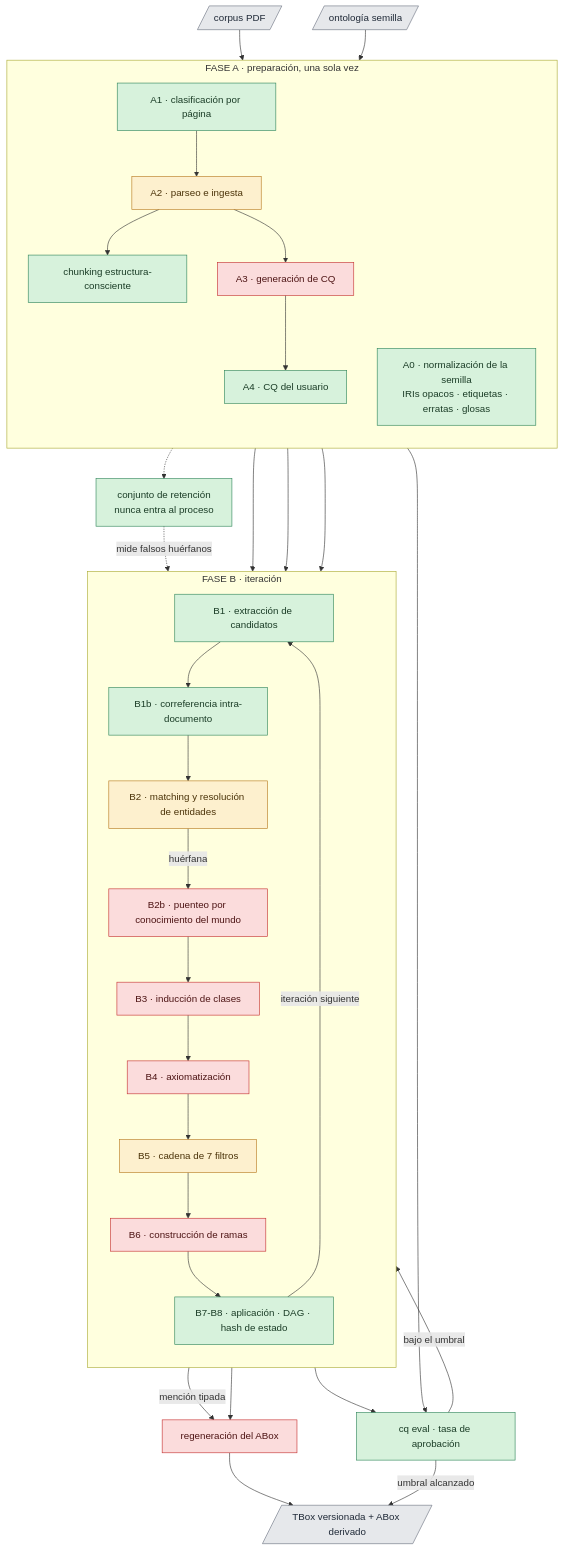
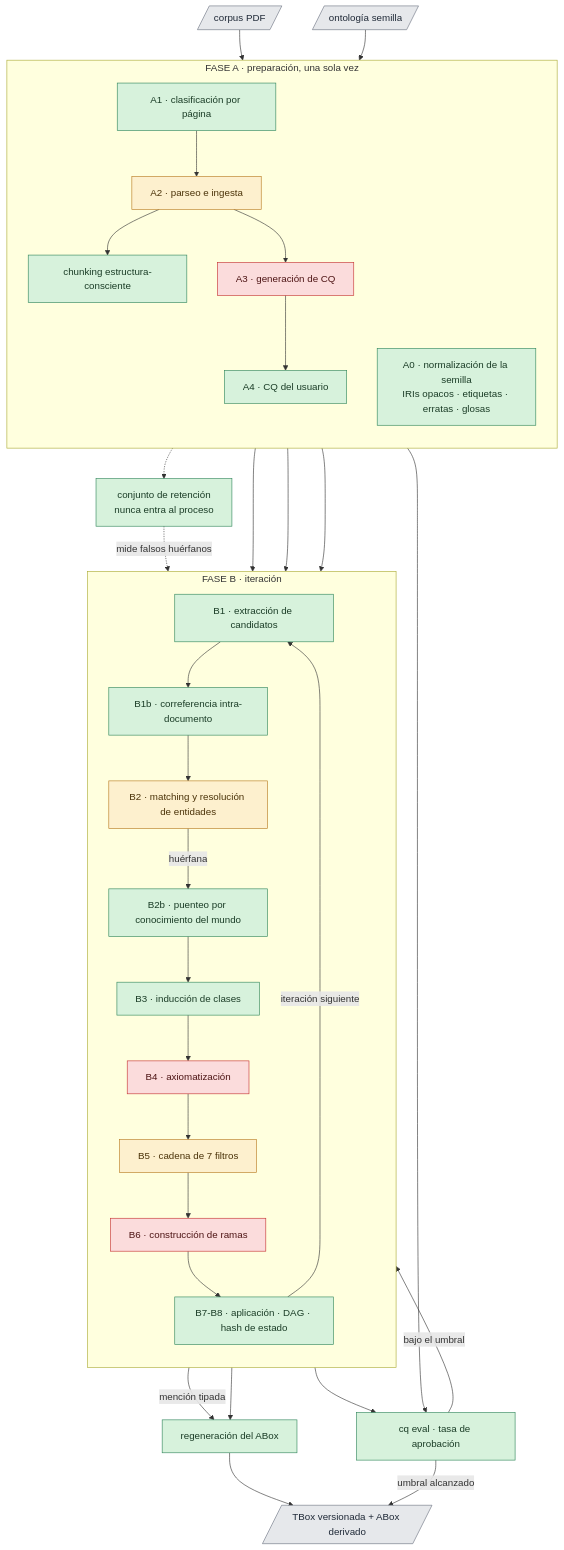
Before and after one commit to gonzatorte/ontology_and_llm_pipeline: the first of 3 diagrams in README.md, drawn with Mermaid. The commit also changed other lines of this file and 11 other files, not shown here.

````diff
--- a/README.md
+++ b/README.md
@@ -70,57 +70,57 @@
 ```mermaid
 flowchart TB
   corpus[/"corpus PDF"/]
   seed[/"ontología semilla"/]
 
   subgraph FA["FASE A · preparación, una sola vez"]
     direction TB
     A1["A1 · clasificación por página"]
     A2["A2 · parseo e ingesta"]
     CHK["chunking estructura-consciente"]
     A0["A0 · normalización de la semilla<br/>IRIs opacos · etiquetas · erratas · glosas"]
     A3["A3 · generación de CQ"]
     A4["A4 · CQ del usuario"]
   end
 
   subgraph FB["FASE B · iteración"]
     direction TB
     B1["B1 · extracción de candidatos"]
     B1b["B1b · correferencia intra-documento"]
     B2["B2 · matching y resolución de entidades"]
     B2b["B2b · puenteo por conocimiento del mundo"]
     B3["B3 · inducción de clases"]
     B4["B4 · axiomatización"]
     B5["B5 · cadena de 7 filtros"]
     B6["B6 · construcción de ramas"]
     B78["B7-B8 · aplicación · DAG · hash de estado"]
   end
 
   ABOX["regeneración del ABox"]
   CQE["cq eval · tasa de aprobación"]
   OUT[/"TBox versionada + ABox derivado"/]
   HOLD["conjunto de retención<br/>nunca entra al proceso"]
 
   corpus --> A1 --> A2 --> CHK --> B1 --> B1b --> B2
   A2 -.-> HOLD
   seed --> A0 --> B2
   A0 --> B5
   A2 --> A3 --> A4 --> CQE
   B2 -->|"mención tipada"| ABOX
   B2 -->|"huérfana"| B2b --> B3 --> B4 --> B5 --> B6 --> B78
   B78 --> ABOX --> OUT
   B78 -->|"iteración siguiente"| B1
   B78 --> CQE
   CQE -->|"bajo el umbral"| B1
   CQE -->|"umbral alcanzado"| OUT
   HOLD -.->|"mide falsos huérfanos"| B2
 
   classDef ok fill:#d7f2dc,stroke:#2f855a,color:#1a3c26
   classDef partial fill:#fdf0ce,stroke:#b7791f,color:#4a3208
   classDef todo fill:#fbdcdc,stroke:#c53030,color:#4d1414
   classDef io fill:#e6e8eb,stroke:#6b7280,color:#1f2937
 
-  class A1,CHK,A0,A4,B1,B1b,B78,CQE,HOLD ok
+  class A1,CHK,A0,A4,B1,B1b,B2b,B3,B78,CQE,HOLD,ABOX ok
   class A2,B2,B5 partial
-  class A3,B2b,B3,B4,B6,ABOX todo
+  class A3,B4,B6 todo
   class corpus,seed,OUT io
 ```
````
